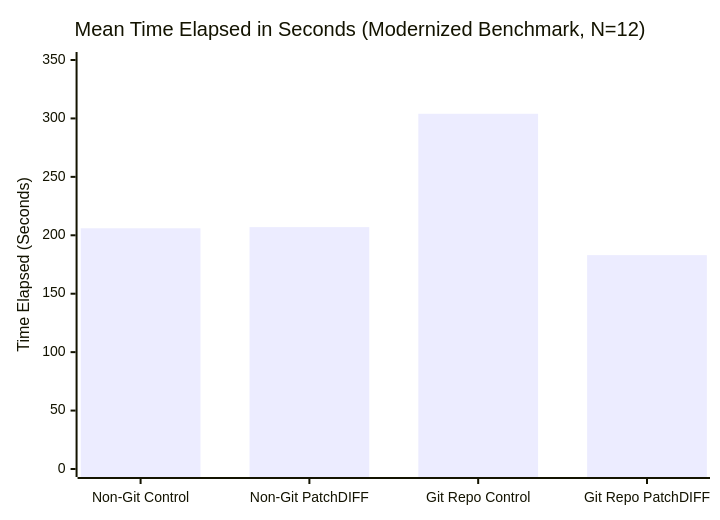
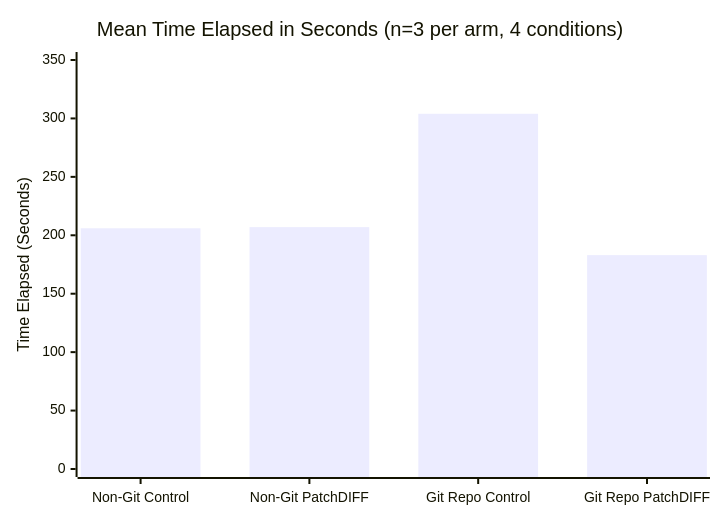
Before and after one commit to paragon-ux/Patch-DIFF: the diagram in README.md, drawn with Mermaid. The commit also changed other lines of this file and 4 other files, not shown here.

Commit message:
docs: correct benchmark sample size notation to n=3 per arm and audit empirical claims

````diff
--- a/README.md
+++ b/README.md
@@ -20,7 +20,7 @@
 ```mermaid
 xychart-beta
-    title "Mean Time Elapsed in Seconds (Modernized Benchmark, N=12)"
+    title "Mean Time Elapsed in Seconds (n=3 per arm, 4 conditions)"
     x-axis ["Non-Git Control", "Non-Git PatchDIFF", "Git Repo Control", "Git Repo PatchDIFF"]
     y-axis "Time Elapsed (Seconds)" 0 --> 350
     bar [206, 207, 304, 183]
 ```
````
